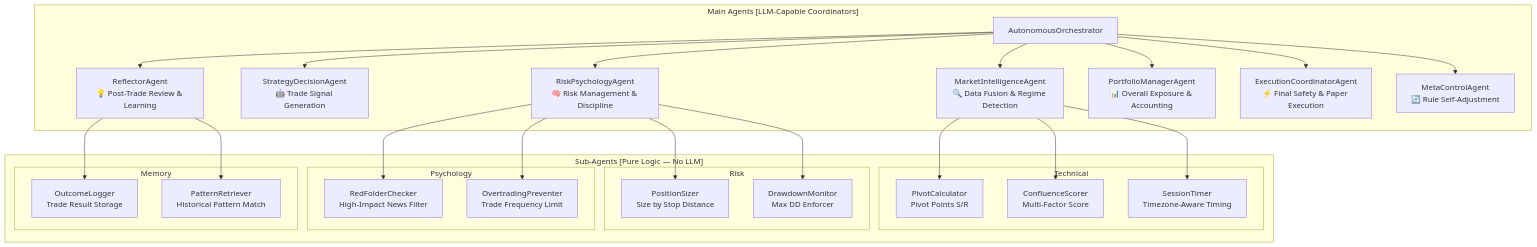
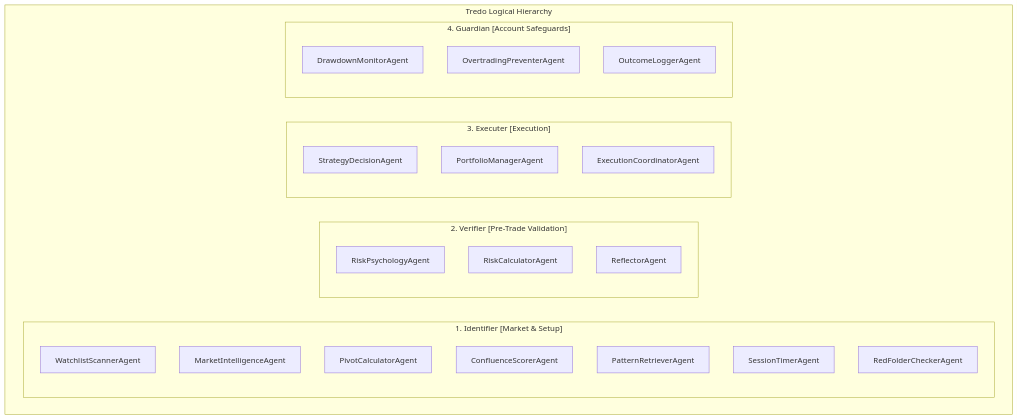
One commit to craaraju-ctrl/ATES changed the first of 3 diagrams in docs/AGENT_DESIGN.md. Above: the diagram before and after it, drawn with Mermaid. The commit also changed other lines of this file and 1 other file, not shown here.

Commit message:
docs: update system architecture and agent hierarchy to include Guardian group

````diff
--- a/docs/AGENT_DESIGN.md
+++ b/docs/AGENT_DESIGN.md
@@ -9,38 +11,32 @@
 ```mermaid
 graph TB
-    subgraph "Main Agents [LLM-Capable Coordinators]"
-        ORCH[AutonomousOrchestrator]
-        MI[MarketIntelligenceAgent\n🔍 Data Fusion & Regime Detection]
-        SD[StrategyDecisionAgent\n🤖 Trade Signal Generation]
-        RP[RiskPsychologyAgent\n🧠 Risk Management & Discipline]
-        REF[ReflectorAgent\n💡 Post-Trade Review & Learning]
-        PM[PortfolioManagerAgent\n📊 Overall Exposure & Accounting]
-        EXEC[ExecutionCoordinatorAgent\n⚡ Final Safety & Paper Execution]
-        MC[MetaControlAgent\n🔄 Rule Self-Adjustment]
-    end
+    subgraph "Tredo Logical Hierarchy"
+        subgraph "1. Identifier [Market & Setup]"
+            WS[WatchlistScannerAgent]
+            MI[MarketIntelligenceAgent]
+            PC[PivotCalculatorAgent]
+            CS[ConfluenceScorerAgent]
+            PR[PatternRetrieverAgent]
+            ST[SessionTimerAgent]
+            RFC[RedFolderCheckerAgent]
+        end
 
-    subgraph "Sub-Agents [Pure Logic — No LLM]"
-        subgraph "Technical"
-            PC[PivotCalculator\nPivot Points S/R]
-            CS[ConfluenceScorer\nMulti-Factor Score]
-            ST[SessionTimer\nTimezone-Aware Timing]
+        subgraph "2. Verifier [Pre-Trade Validation]"
+            RP[RiskPsychologyAgent]
+            RC[RiskCalculatorAgent]
+            REF[ReflectorAgent]
         end
-        subgraph "Risk"
-            PS[PositionSizer\nSize by Stop Distance]
-            DM[DrawdownMonitor\nMax DD Enforcer]
+
+        subgraph "3. Executer [Execution]"
+            SD[StrategyDecisionAgent]
+            PM[PortfolioManagerAgent]
+            EXEC[ExecutionCoordinatorAgent]
         end
-        subgraph "Psychology"
-            RFC[RedFolderChecker\nHigh-Impact News Filter]
-            OP[OvertradingPreventer\nTrade Frequency Limit]
-        end
-        subgraph "Memory"
-            OL[OutcomeLogger\nTrade Result Storage]
-            PR[PatternRetriever\nHistorical Pattern Match]
+
+        subgraph "4. Guardian [Account Safeguards]"
+            DM[DrawdownMonitorAgent]
+            OP[OvertradingPreventerAgent]
+            OL[OutcomeLoggerAgent]
         end
     end
-
-    ORCH --> MI & SD & RP & REF & PM & EXEC & MC
-    MI --> PC & CS & ST
-    RP --> PS & DM & RFC & OP
-    REF --> OL & PR
 ```
````
